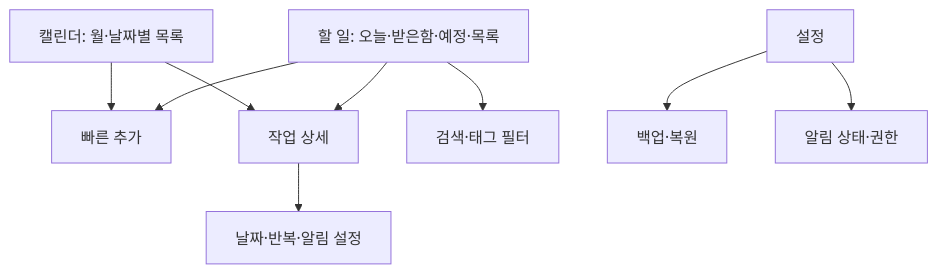
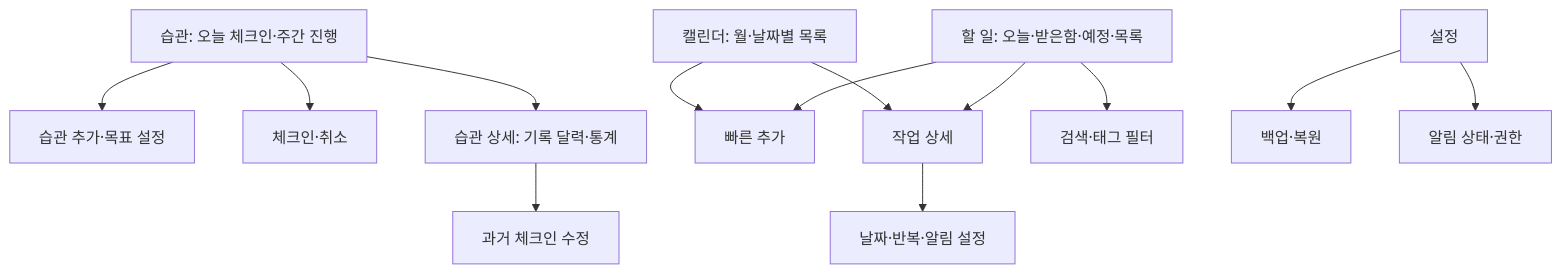
Before and after one commit to bossxor/tool_ScheduleMng: the diagram in docs/product-design.md, drawn with Mermaid. The commit also changed other lines of this file and 3 other files, not shown here.

Commit message:
docs: prioritize habits and daily check-ins in first release

````diff
--- a/docs/product-design.md
+++ b/docs/product-design.md
@@ -60,11 +64,15 @@
 ```mermaid
 flowchart TD
+    Habits[습관: 오늘 체크인·주간 진행] --> HabitAdd[습관 추가·목표 설정]
+    Habits --> CheckIn[체크인·취소]
+    Habits --> HabitDetail[습관 상세: 기록 달력·통계]
+    HabitDetail --> HistoryEdit[과거 체크인 수정]
     Tasks[할 일: 오늘·받은함·예정·목록] --> Add[빠른 추가]
     Tasks --> Detail[작업 상세]
     Tasks --> Search[검색·태그 필터]
     Calendar[캘린더: 월·날짜별 목록] --> Detail
     Calendar --> Add
     Detail --> Schedule[날짜·반복·알림 설정]
     Settings[설정] --> Backup[백업·복원]
     Settings --> Permissions[알림 상태·권한]
 ```
````
